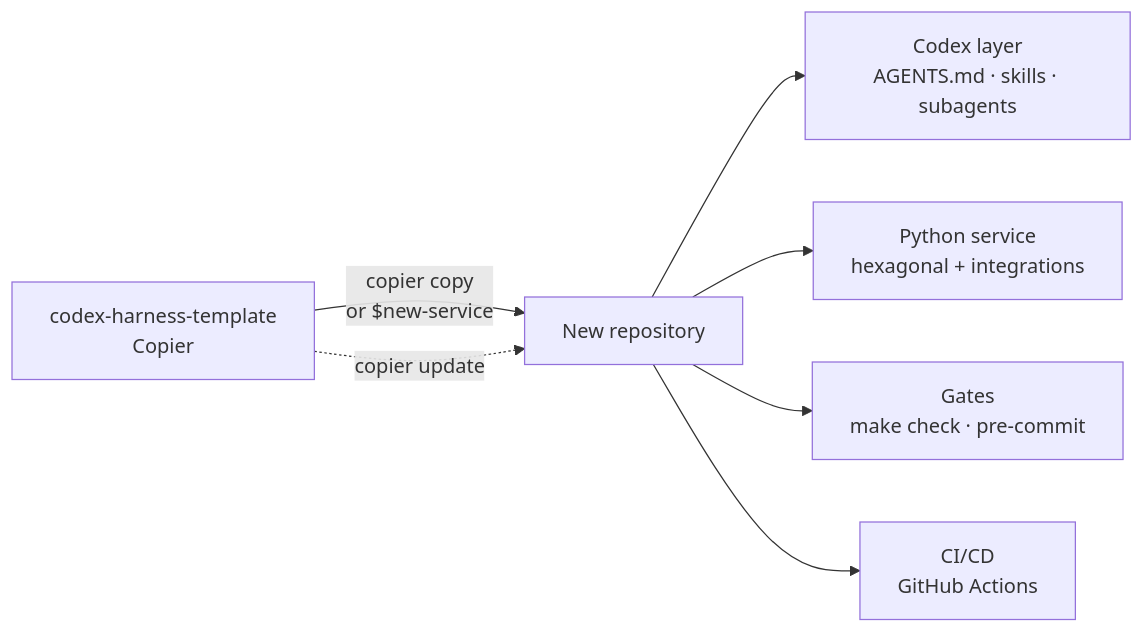
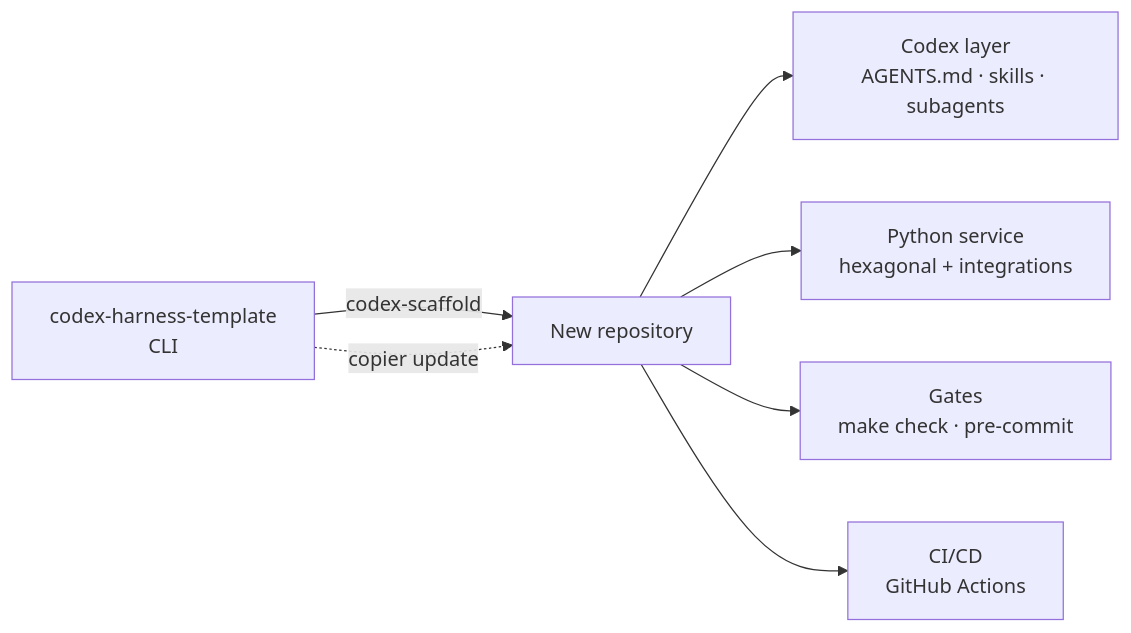
Before and after one commit to spassos/codex-harness-template: the first of 4 diagrams in README.md, drawn with Mermaid. The commit also changed other lines of this file and 17 other files, not shown here.

Commit message:
feat: ship a CLI for generating Codex-ready Python services

````diff
--- a/README.md
+++ b/README.md
@@ -49,9 +57,9 @@
 ```mermaid
 flowchart LR
-  T[codex-harness-template<br/>Copier] -->|copier copy<br/>or $new-service| R[New repository]
+  T[codex-harness-template<br/>CLI] -->|codex-scaffold| R[New repository]
   R --> C[Codex layer<br/>AGENTS.md · skills · subagents]
   R --> S[Python service<br/>hexagonal + integrations]
   R --> G[Gates<br/>make check · pre-commit]
   R --> P[CI/CD<br/>GitHub Actions]
   T -.copier update.-> R
 ```
````
